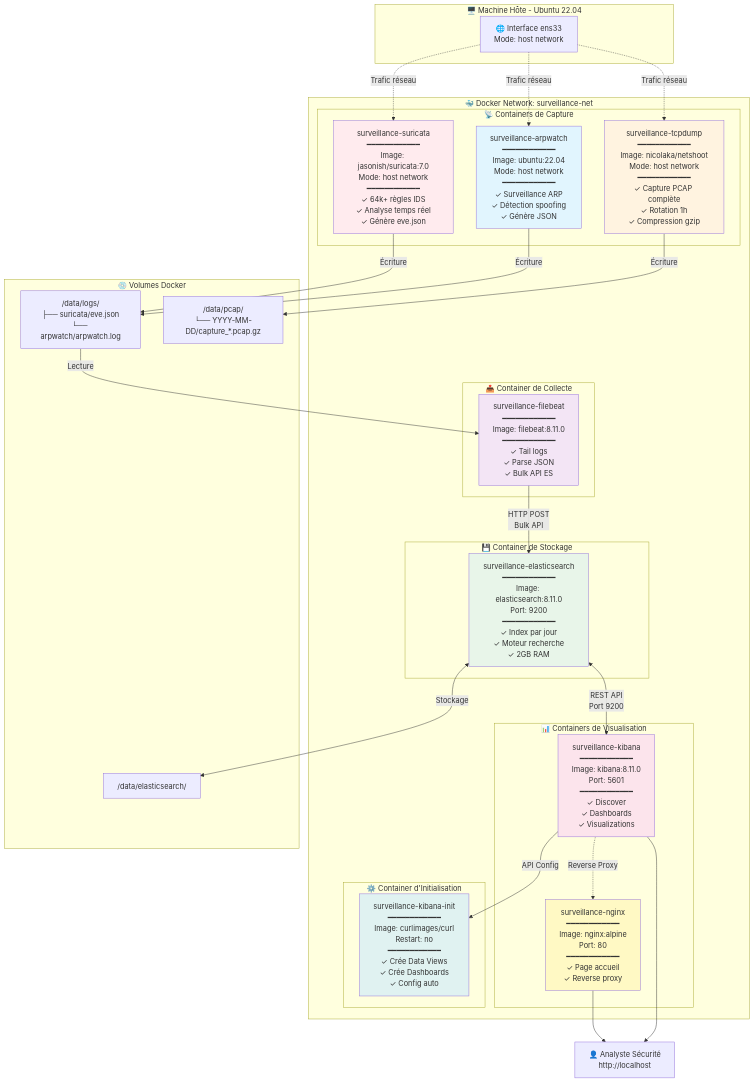
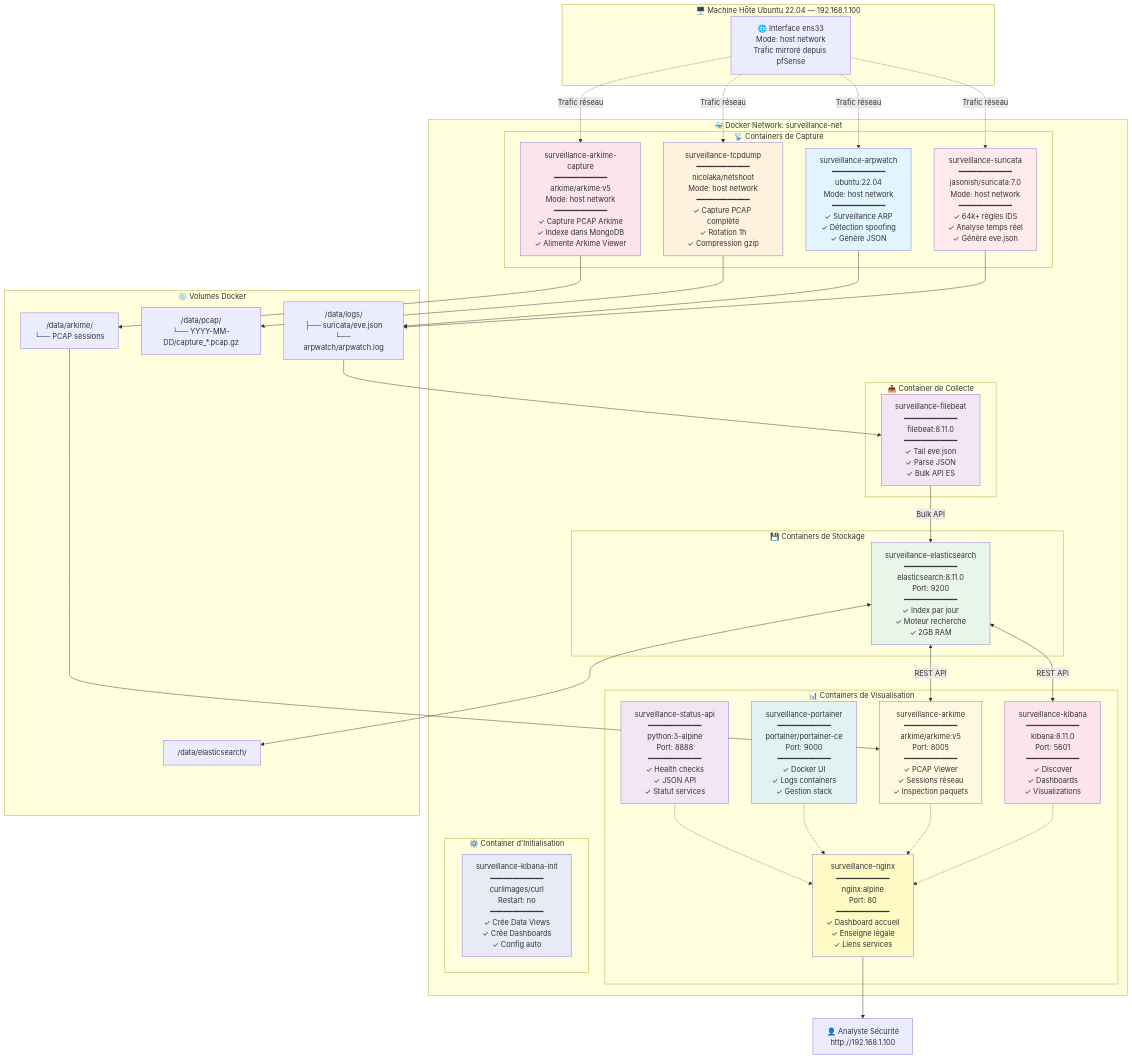
The second of 3 diagrams in surveillance-reseau/docs/architecture-publique.md (salifbiaye/surveillance-reseau-automatique), drawn with Mermaid before and after one commit. The commit also changed other lines of this file and 12 other files, not shown here.

````diff
--- a/surveillance-reseau/docs/architecture-publique.md
+++ b/surveillance-reseau/docs/architecture-publique.md
@@ -202,35 +219,43 @@
 ```mermaid
 graph TB
-    subgraph Host["🖥️ Machine Hôte - Ubuntu 22.04"]
-        Interface[🌐 Interface ens33<br/>Mode: host network]
+    subgraph Host["🖥️ Machine Hôte Ubuntu 22.04 — 192.168.1.100"]
+        Interface[🌐 Interface ens33<br/>Mode: host network<br/>Trafic mirroré depuis pfSense]
     end
 
     subgraph DockerNetwork["🐳 Docker Network: surveillance-net"]
 
         subgraph CaptureContainers["📡 Containers de Capture"]
-            SuricataC["surveillance-suricata<br/>━━━━━━━━━━━━<br/>Image: jasonish/suricata:7.0<br/>Mode: host network<br/>━━━━━━━━━━━━<br/>✓ 64k+ règles IDS<br/>✓ Analyse temps réel<br/>✓ Génère eve.json"]
+            SuricataC["surveillance-suricata<br/>━━━━━━━━━━━━<br/>jasonish/suricata:7.0<br/>Mode: host network<br/>━━━━━━━━━━━━<br/>✓ 64k+ règles IDS<br/>✓ Analyse temps réel<br/>✓ Génère eve.json"]
 
-            TcpdumpC["surveillance-tcpdump<br/>━━━━━━━━━━━━<br/>Image: nicolaka/netshoot<br/>Mode: host network<br/>━━━━━━━━━━━━<br/>✓ Capture PCAP complète<br/>✓ Rotation 1h<br/>✓ Compression gzip"]
+            TcpdumpC["surveillance-tcpdump<br/>━━━━━━━━━━━━<br/>nicolaka/netshoot<br/>Mode: host network<br/>━━━━━━━━━━━━<br/>✓ Capture PCAP complète<br/>✓ Rotation 1h<br/>✓ Compression gzip"]
 
-            ARPWatchC["surveillance-arpwatch<br/>━━━━━━━━━━━━<br/>Image: ubuntu:22.04<br/>Mode: host network<br/>━━━━━━━━━━━━<br/>✓ Surveillance ARP<br/>✓ Détection spoofing<br/>✓ Génère JSON"]
+            ARPWatchC["surveillance-arpwatch<br/>━━━━━━━━━━━━<br/>ubuntu:22.04<br/>Mode: host network<br/>━━━━━━━━━━━━<br/>✓ Surveillance ARP<br/>✓ Détection spoofing<br/>✓ Génère JSON"]
+
+            ArkimeCaptureC["surveillance-arkime-capture<br/>━━━━━━━━━━━━<br/>arkime/arkime:v5<br/>Mode: host network<br/>━━━━━━━━━━━━<br/>✓ Capture PCAP Arkime<br/>✓ Indexe dans MongoDB<br/>✓ Alimente Arkime Viewer"]
         end
 
         subgraph CollecteContainer["📤 Container de Collecte"]
-            FilebeatC["surveillance-filebeat<br/>━━━━━━━━━━━━<br/>Image: filebeat:8.11.0<br/>━━━━━━━━━━━━<br/>✓ Tail logs<br/>✓ Parse JSON<br/>✓ Bulk API ES"]
+            FilebeatC["surveillance-filebeat<br/>━━━━━━━━━━━━<br/>filebeat:8.11.0<br/>━━━━━━━━━━━━<br/>✓ Tail eve.json<br/>✓ Parse JSON<br/>✓ Bulk API ES"]
         end
 
-        subgraph StockageContainer["💾 Container de Stockage"]
-            ElasticsearchC["surveillance-elasticsearch<br/>━━━━━━━━━━━━<br/>Image: elasticsearch:8.11.0<br/>Port: 9200<br/>━━━━━━━━━━━━<br/>✓ Index par jour<br/>✓ Moteur recherche<br/>✓ 2GB RAM"]
+        subgraph StockageContainer["💾 Containers de Stockage"]
+            ElasticsearchC["surveillance-elasticsearch<br/>━━━━━━━━━━━━<br/>elasticsearch:8.11.0<br/>Port: 9200<br/>━━━━━━━━━━━━<br/>✓ Index par jour<br/>✓ Moteur recherche<br/>✓ 2GB RAM"]
         end
 
         subgraph VisualisationContainers["📊 Containers de Visualisation"]
-            KibanaC["surveillance-kibana<br/>━━━━━━━━━━━━<br/>Image: kibana:8.11.0<br/>Port: 5601<br/>━━━━━━━━━━━━<br/>✓ Discover<br/>✓ Dashboards<br/>✓ Visualizations"]
+            KibanaC["surveillance-kibana<br/>━━━━━━━━━━━━<br/>kibana:8.11.0<br/>Port: 5601<br/>━━━━━━━━━━━━<br/>✓ Discover<br/>✓ Dashboards<br/>✓ Visualizations"]
 
-            NginxC["surveillance-nginx<br/>━━━━━━━━━━━━<br/>Image: nginx:alpine<br/>Port: 80<br/>━━━━━━━━━━━━<br/>✓ Page accueil<br/>✓ Reverse proxy"]
+            ArkimeC["surveillance-arkime<br/>━━━━━━━━━━━━<br/>arkime/arkime:v5<br/>Port: 8005<br/>━━━━━━━━━━━━<br/>✓ PCAP Viewer<br/>✓ Sessions réseau<br/>✓ Inspection paquets"]
+
+            NginxC["surveillance-nginx<br/>━━━━━━━━━━━━<br/>nginx:alpine<br/>Port: 80<br/>━━━━━━━━━━━━<br/>✓ Dashboard accueil<br/>✓ Enseigne légale<br/>✓ Liens services"]
+
+            PortainerC["surveillance-portainer<br/>━━━━━━━━━━━━<br/>portainer/portainer-ce<br/>Port: 9000<br/>━━━━━━━━━━━━<br/>✓ Docker UI<br/>✓ Logs containers<br/>✓ Gestion stack"]
+
+            StatusC["surveillance-status-api<br/>━━━━━━━━━━━━<br/>python:3-alpine<br/>Port: 8888<br/>━━━━━━━━━━━━<br/>✓ Health checks<br/>✓ JSON API<br/>✓ Statut services"]
         end
 
         subgraph InitContainer["⚙️ Container d'Initialisation"]
-            KibanaInitC["surveillance-kibana-init<br/>━━━━━━━━━━━━<br/>Image: curlimages/curl<br/>Restart: no<br/>━━━━━━━━━━━━<br/>✓ Crée Data Views<br/>✓ Crée Dashboards<br/>✓ Config auto"]
+            KibanaInitC["surveillance-kibana-init<br/>━━━━━━━━━━━━<br/>curlimages/curl<br/>Restart: no<br/>━━━━━━━━━━━━<br/>✓ Crée Data Views<br/>✓ Crée Dashboards<br/>✓ Config auto"]
         end
     end
 
@@ -238,37 +263,44 @@
         DataLogs["/data/logs/<br/>├── suricata/eve.json<br/>└── arpwatch/arpwatch.log"]
         DataPCAP["/data/pcap/<br/>└── YYYY-MM-DD/capture_*.pcap.gz"]
         DataES["/data/elasticsearch/"]
+        DataArkime["/data/arkime/<br/>└── PCAP sessions"]
     end
 
     Interface -.->|Trafic réseau| SuricataC
     Interface -.->|Trafic réseau| TcpdumpC
     Interface -.->|Trafic réseau| ARPWatchC
+    Interface -.->|Trafic réseau| ArkimeCaptureC
 
-    SuricataC -->|Écriture| DataLogs
-    ARPWatchC -->|Écriture| DataLogs
-    TcpdumpC -->|Écriture| DataPCAP
+    SuricataC --> DataLogs
+    ARPWatchC --> DataLogs
+    TcpdumpC --> DataPCAP
+    ArkimeCaptureC --> DataArkime
 
-    DataLogs -->|Lecture| FilebeatC
+    DataLogs --> FilebeatC
+    FilebeatC -->|Bulk API| ElasticsearchC
+    ElasticsearchC <--> DataES
 
-    FilebeatC -->|HTTP POST<br/>Bulk API| ElasticsearchC
+    ElasticsearchC <-->|REST API| KibanaC
+    ElasticsearchC <-->|REST API| ArkimeC
+    DataArkime --> ArkimeC
 
-    ElasticsearchC <-->|Stockage| DataES
+    KibanaC -.-> NginxC
+    ArkimeC -.-> NginxC
+    PortainerC -.-> NginxC
+    StatusC -.-> NginxC
 
-    ElasticsearchC <-->|REST API<br/>Port 9200| KibanaC
-
-    KibanaC -.->|Reverse Proxy| NginxC
-
-    KibanaC -->|API Config| KibanaInitC
-
-    NginxC --> User[👤 Analyste Sécurité<br/>http://localhost]
-    KibanaC --> User
+    NginxC --> User[👤 Analyste Sécurité<br/>http://192.168.1.100]
 
     style SuricataC fill:#ffebee
     style TcpdumpC fill:#fff3e0
     style ARPWatchC fill:#e1f5fe
+    style ArkimeCaptureC fill:#fce4ec
     style FilebeatC fill:#f3e5f5
     style ElasticsearchC fill:#e8f5e9
     style KibanaC fill:#fce4ec
+    style ArkimeC fill:#fff8e1
     style NginxC fill:#fff9c4
-    style KibanaInitC fill:#e0f2f1
+    style PortainerC fill:#e0f2f1
+    style StatusC fill:#f3e5f5
+    style KibanaInitC fill:#e8eaf6
 ```
````
